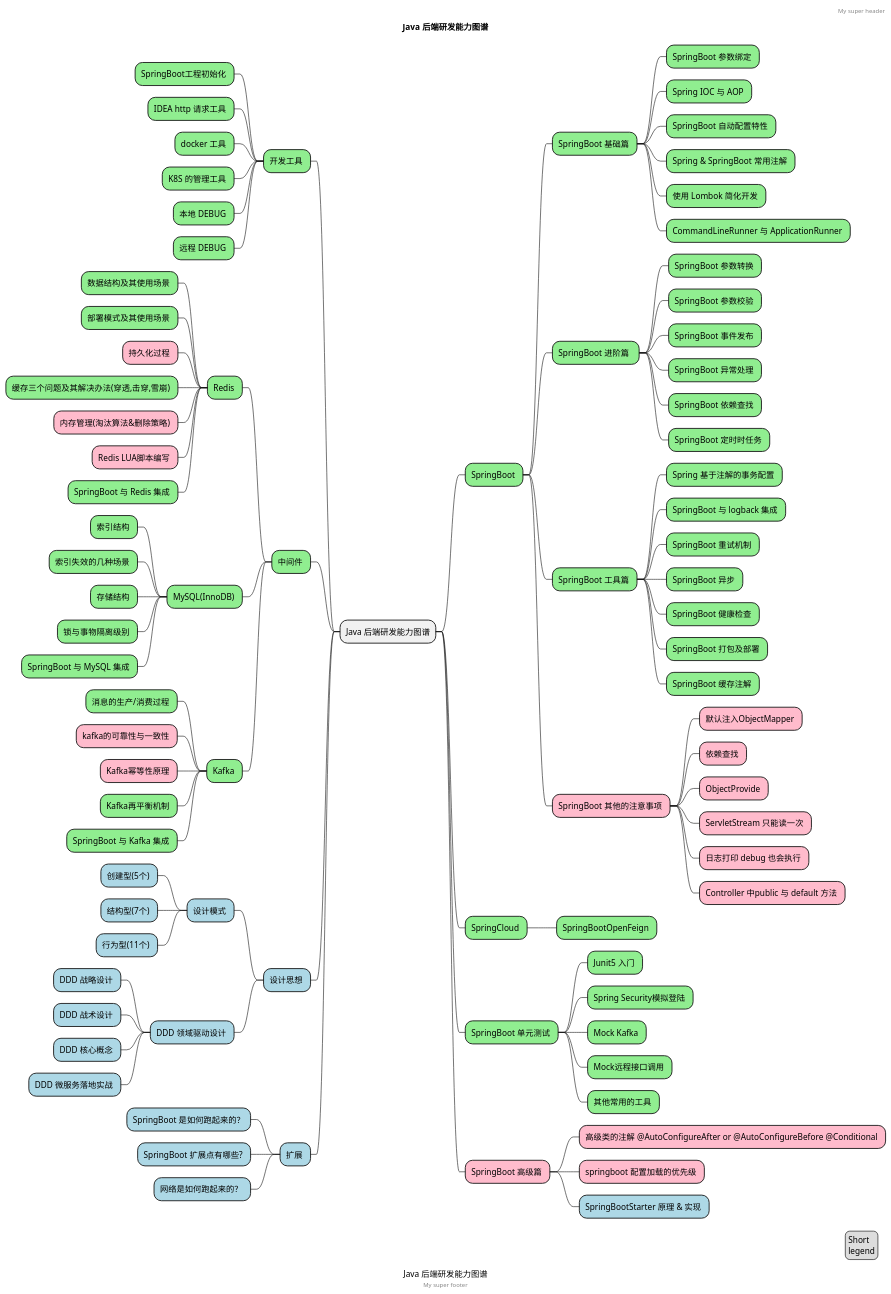
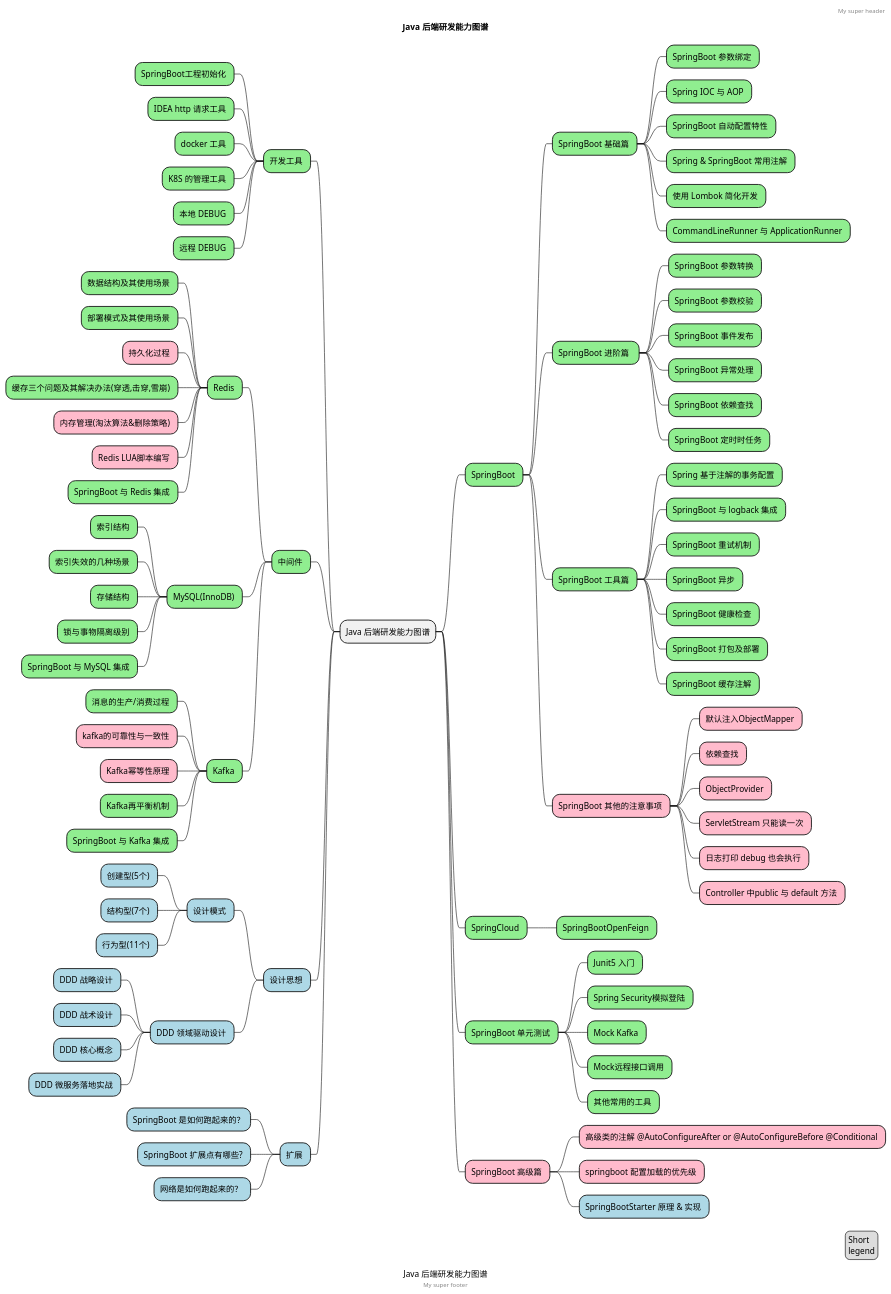
The diagram in docs/uml/java-coder.puml (shaodong-hub/spring-boot-tutorial), drawn with PlantUML before and after one commit. The commit also changed 26 other files, not shown here.

```diff
--- a/docs/uml/java-coder.puml
+++ b/docs/uml/java-coder.puml
@@ -1,133 +1,133 @@
 @startmindmap
 'https://plantuml.com/mindmap-diagram
 <style>
 mindmapDiagram {
   .green {
     BackgroundColor lightgreen
   }
   .rose {
     BackgroundColor #FFBBCC
   }
   .blue {
     BackgroundColor lightblue
   }
 }
 </style>
 caption Java 后端研发能力图谱
 title Java 后端研发能力图谱
 
 * Java 后端研发能力图谱
 
 ** SpringBoot <<green>>
 
 *** SpringBoot 基础篇 <<green>>
 **** SpringBoot 参数绑定 <<green>>
 **** Spring IOC 与 AOP <<green>>
 **** SpringBoot 自动配置特性 <<green>>
 **** Spring & SpringBoot 常用注解 <<green>>
 **** 使用 Lombok 简化开发 <<green>>
 **** CommandLineRunner 与 ApplicationRunner <<green>>
 
 *** SpringBoot 进阶篇  <<green>>
 **** SpringBoot 参数转换 <<green>>
 **** SpringBoot 参数校验 <<green>>
 **** SpringBoot 事件发布 <<green>>
 **** SpringBoot 异常处理 <<green>>
 **** SpringBoot 依赖查找 <<green>>
 **** SpringBoot 定时时任务 <<green>>
 
 *** SpringBoot 工具篇 <<green>>
 
 **** Spring 基于注解的事务配置 <<green>>
 **** SpringBoot 与 logback 集成 <<green>>
 **** SpringBoot 重试机制 <<green>>
 **** SpringBoot 异步 <<green>>
 **** SpringBoot 健康检查 <<green>>
 **** SpringBoot 打包及部署 <<green>>
 **** SpringBoot 缓存注解 <<green>>
 
 *** SpringBoot 其他的注意事项 <<rose>>
 **** 默认注入ObjectMapper <<rose>>
 **** 依赖查找 <<rose>>
-**** ObjectProvide <<rose>>
+**** ObjectProvider <<rose>>
 **** ServletStream 只能读一次 <<rose>>
 **** 日志打印 debug 也会执行 <<rose>>
 **** Controller 中public 与 default 方法 <<rose>>
 
 ** SpringCloud <<green>>
 *** SpringBootOpenFeign <<green>>
 
 ** SpringBoot 单元测试 <<green>>
 *** Junit5 入门 <<green>>
 *** Spring Security模拟登陆 <<green>>
 *** Mock Kafka <<green>>
 *** Mock远程接口调用 <<green>>
 *** 其他常用的工具 <<green>>
 
 ** SpringBoot 高级篇 <<rose>>
 *** 高级类的注解 @AutoConfigureAfter or @AutoConfigureBefore @Conditional <<rose>>
 *** springboot 配置加载的优先级 <<rose>>
 *** SpringBootStarter 原理 & 实现 <<blue>>
 
 -- 开发工具 <<green>>
 --- SpringBoot工程初始化 <<green>>
 --- IDEA http 请求工具 <<green>>
 --- docker 工具 <<green>>
 --- K8S 的管理工具 <<green>>
 --- 本地 DEBUG <<green>>
 --- 远程 DEBUG <<green>>
 
 -- 中间件 <<green>>
 --- Redis <<green>>
 ---- 数据结构及其使用场景 <<green>>
 ---- 部署模式及其使用场景 <<green>>
 ---- 持久化过程 <<rose>>
 ---- 缓存三个问题及其解决办法(穿透,击穿,雪崩) <<green>>
 ---- 内存管理(淘汰算法&删除策略) <<rose>>
 ---- Redis LUA脚本编写 <<rose>>
 ---- SpringBoot 与 Redis 集成 <<green>>
 
 --- MySQL(InnoDB) <<green>>
 ---- 索引结构 <<green>>
 ---- 索引失效的几种场景 <<green>>
 ---- 存储结构 <<green>>
 ---- 锁与事物隔离级别 <<green>>
 ---- SpringBoot 与 MySQL 集成 <<green>>
 
 --- Kafka <<green>>
 ---- 消息的生产/消费过程 <<green>>
 ---- kafka的可靠性与一致性 <<rose>>
 ---- Kafka幂等性原理 <<rose>>
 ---- Kafka再平衡机制 <<green>>
 ---- SpringBoot 与 Kafka 集成 <<green>>
 
 -- 设计思想 <<blue>>
 --- 设计模式 <<blue>>
 ---- 创建型(5个) <<blue>>
 ---- 结构型(7个) <<blue>>
 ---- 行为型(11个) <<blue>>
 
 --- DDD 领域驱动设计 <<blue>>
 ---- DDD 战略设计 <<blue>>
 ---- DDD 战术设计 <<blue>>
 ---- DDD 核心概念 <<blue>>
 ---- DDD 微服务落地实战 <<blue>>
 
 -- 扩展 <<blue>>
 --- SpringBoot 是如何跑起来的？<<blue>>
 --- SpringBoot 扩展点有哪些? <<blue>>
 --- 网络是如何跑起来的？ <<blue>>
 
 
 
 header
 My super header
 endheader
 
 center footer My super footer
 
 legend right
   Short
   legend
 endlegend
 @endmindmap
```
